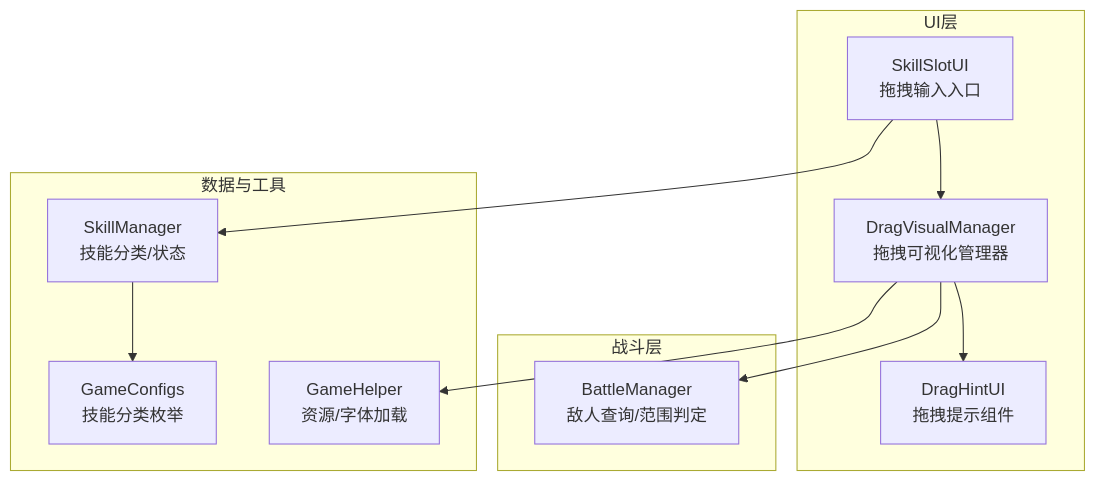
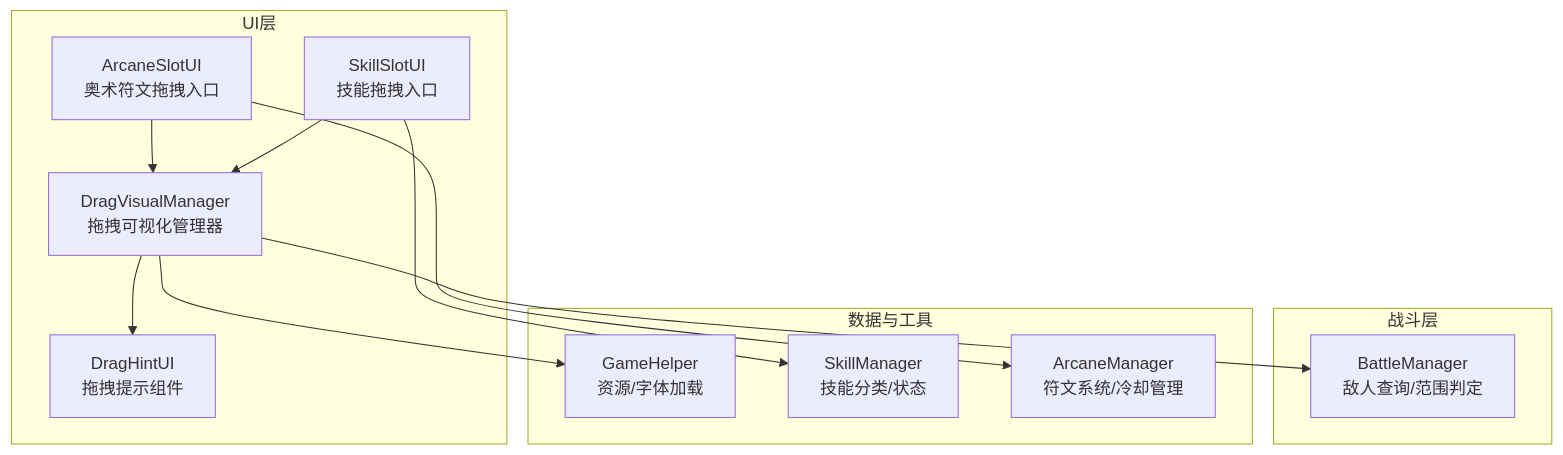
The first of 4 diagrams in .qoder/repowiki/zh/content/用户界面系统/拖拽与可视化系统.md (Tuusen/p1_client), drawn with Mermaid before and after one commit. The commit also changed other lines of this file and 25 other files, not shown here.

````diff
--- a/.qoder/repowiki/zh/content/用户界面系统/拖拽与可视化系统.md
+++ b/.qoder/repowiki/zh/content/用户界面系统/拖拽与可视化系统.md
@@ -42,22 +45,24 @@
 ```mermaid
 graph TB
 subgraph "UI层"
-SSI["SkillSlotUI<br/>拖拽输入入口"]
+ASS["ArcaneSlotUI<br/>奥术符文拖拽入口"]
+SSS["SkillSlotUI<br/>技能拖拽入口"]
 DVM["DragVisualManager<br/>拖拽可视化管理器"]
 DHU["DragHintUI<br/>拖拽提示组件"]
 end
 subgraph "战斗层"
 BM["BattleManager<br/>敌人查询/范围判定"]
 end
 subgraph "数据与工具"
-GC["GameConfigs<br/>技能分类枚举"]
 GH["GameHelper<br/>资源/字体加载"]
 SM["SkillManager<br/>技能分类/状态"]
+AM["ArcaneManager<br/>符文系统/冷却管理"]
 end
-SSI --> DVM
-SSI --> SM
+ASS --> DVM
+SSS --> DVM
 DVM --> BM
 DVM --> GH
 DVM --> DHU
-SM --> GC
+SSS --> SM
+ASS --> AM
 ```
````
